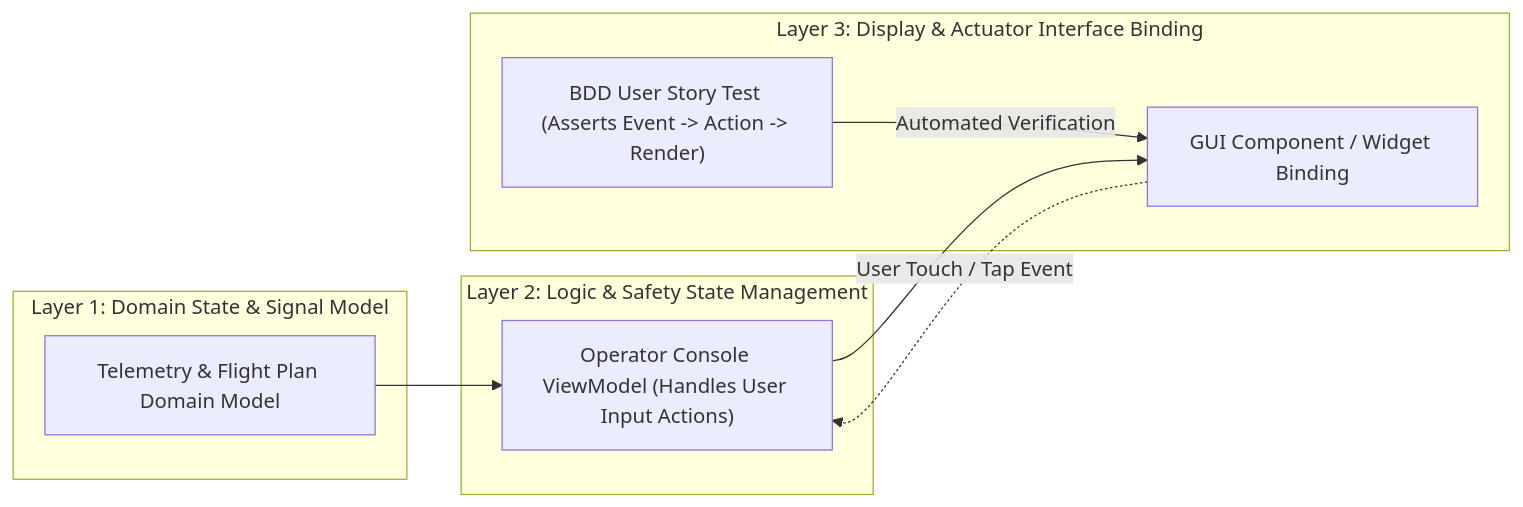
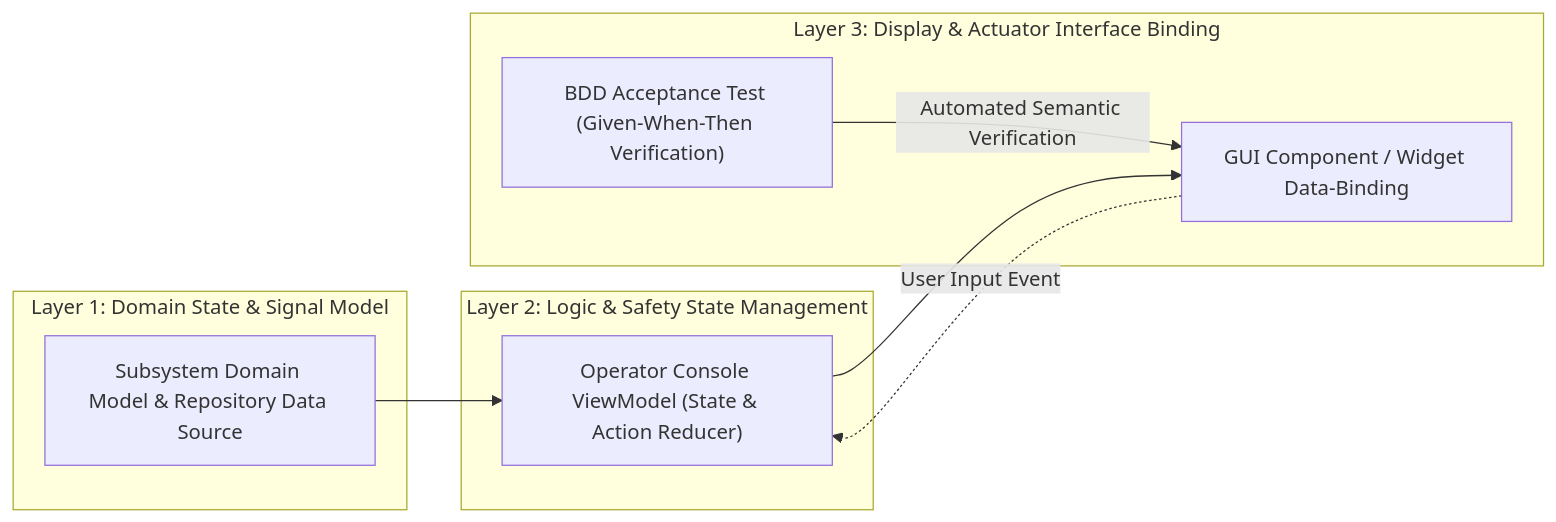
Before and after one commit to gintatkinson/DEAP01-spec-core: the fifth of 6 diagrams in docs/architecture/blueprints/SAFETY_CRITICAL_REALTIME_UI_FRAMEWORK.md, drawn with Mermaid. The commit also changed other lines of this file and 34 other files, not shown here.

Commit message:
docs(architecture): decontaminate reference blueprints and establish master execution plan (refs #405, refs #406)

````diff
--- a/docs/architecture/blueprints/SAFETY_CRITICAL_REALTIME_UI_FRAMEWORK.md
+++ b/docs/architecture/blueprints/SAFETY_CRITICAL_REALTIME_UI_FRAMEWORK.md
@@ -153,20 +168,20 @@
 ```mermaid
 flowchart LR
     subgraph L1 ["Layer 1: Domain State & Signal Model"]
-        DomainModel["Telemetry & Flight Plan Domain Model"]
+        DomainModel["Subsystem Domain Model & Repository Data Source"]
     end
 
     subgraph L2 ["Layer 2: Logic & Safety State Management"]
-        ViewModel["Operator Console ViewModel (Handles User Input Actions)"]
+        ViewModel["Operator Console ViewModel (State & Action Reducer)"]
     end
 
     subgraph L3 ["Layer 3: Display & Actuator Interface Binding"]
-        GUIWidget["GUI Component / Widget Binding"]
-        BDDTest["BDD User Story Test (Asserts Event -> Action -> Render)"]
+        GUIWidget["GUI Component / Widget Data-Binding"]
+        BDDTest["BDD Acceptance Test (Given-When-Then Verification)"]
     end
 
     DomainModel --> ViewModel
     ViewModel --> GUIWidget
-    GUIWidget -. "User Touch / Tap Event" .-> ViewModel
-    BDDTest -- "Automated Verification" --> GUIWidget
+    GUIWidget -. "User Input Event" .-> ViewModel
+    BDDTest -- "Automated Semantic Verification" --> GUIWidget
 ```
````
